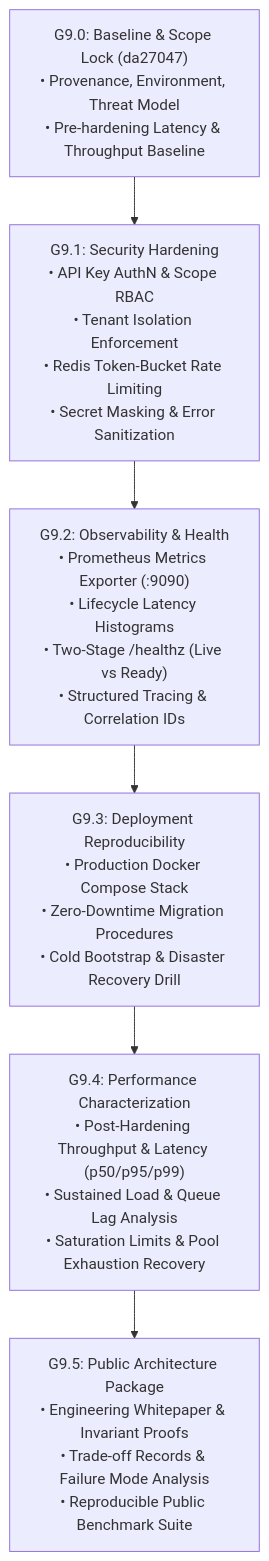
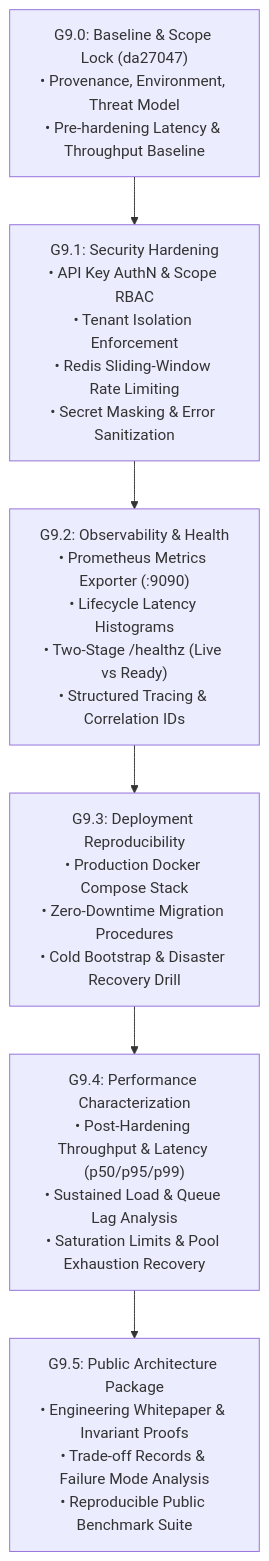
The diagram in docs/phases/phase_09/03_architecture_roadmap.md (FoulSpark/TaskForge), drawn with Mermaid before and after one commit. The commit also changed 8 other files, not shown here.

````diff
--- a/docs/phases/phase_09/03_architecture_roadmap.md
+++ b/docs/phases/phase_09/03_architecture_roadmap.md
@@ -7,15 +7,15 @@
 ```mermaid
 flowchart TD
     G90["G9.0: Baseline & Scope Lock (da27047)\n• Provenance, Environment, Threat Model\n• Pre-hardening Latency & Throughput Baseline"]
-    G91["G9.1: Security Hardening\n• API Key AuthN & Scope RBAC\n• Tenant Isolation Enforcement\n• Redis Token-Bucket Rate Limiting\n• Secret Masking & Error Sanitization"]
+    G91["G9.1: Security Hardening\n• API Key AuthN & Scope RBAC\n• Tenant Isolation Enforcement\n• Redis Sliding-Window Rate Limiting\n• Secret Masking & Error Sanitization"]
     G92["G9.2: Observability & Health\n• Prometheus Metrics Exporter (:9090)\n• Lifecycle Latency Histograms\n• Two-Stage /healthz (Live vs Ready)\n• Structured Tracing & Correlation IDs"]
     G93["G9.3: Deployment Reproducibility\n• Production Docker Compose Stack\n• Zero-Downtime Migration Procedures\n• Cold Bootstrap & Disaster Recovery Drill"]
     G94["G9.4: Performance Characterization\n• Post-Hardening Throughput & Latency (p50/p95/p99)\n• Sustained Load & Queue Lag Analysis\n• Saturation Limits & Pool Exhaustion Recovery"]
     G95["G9.5: Public Architecture Package\n• Engineering Whitepaper & Invariant Proofs\n• Trade-off Records & Failure Mode Analysis\n• Reproducible Public Benchmark Suite"]
 
     G90 --> G91
     G91 --> G92
     G92 --> G93
     G93 --> G94
     G94 --> G95
 ```
````
